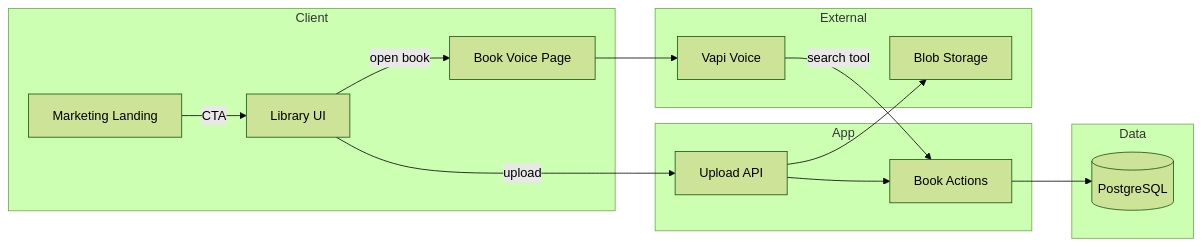
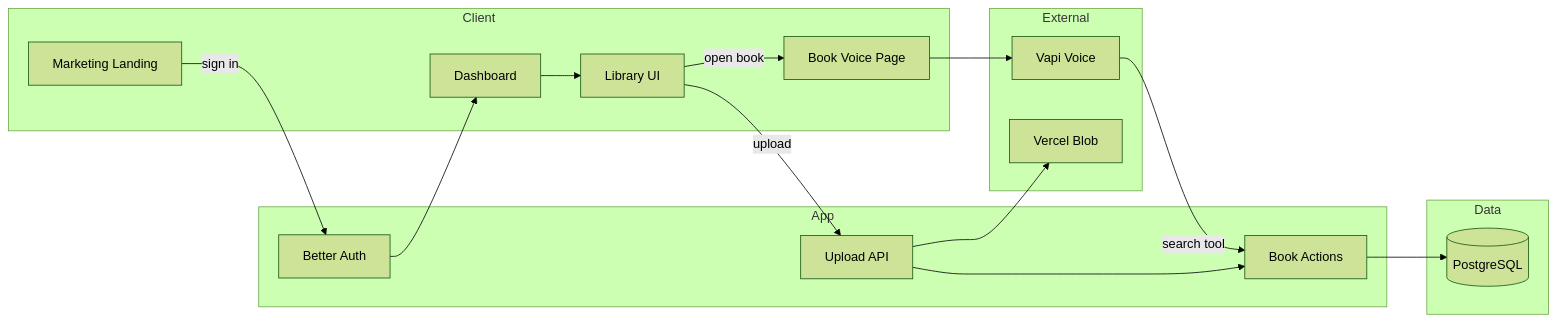
The first of 2 diagrams in README.md (Bixal99/AIBookAssistant), drawn with Mermaid (forest theme) before and after one commit. The commit also changed other lines of this file and 86 other files, not shown here.

````diff
--- a/README.md
+++ b/README.md
@@ -95,27 +95,31 @@
 ```mermaid
 flowchart LR
   subgraph Client
     Landing[Marketing Landing]
+    Dash[Dashboard]
     Library[Library UI]
     Chat[Book Voice Page]
   end
   subgraph App
+    Auth[Better Auth]
     Upload[Upload API]
     Actions[Book Actions]
   end
   subgraph Data
     PG[(PostgreSQL)]
   end
   subgraph External
     Vapi[Vapi Voice]
-    Blob[Blob Storage]
+    Blob[Vercel Blob]
   end
-  Landing -->|CTA| Library
+  Landing -->|sign in| Auth
+  Auth --> Dash
+  Dash --> Library
   Library -->|upload| Upload
   Upload --> Blob
   Upload --> Actions
   Actions --> PG
   Library -->|open book| Chat
   Chat --> Vapi
   Vapi -->|search tool| Actions
 ```
````
